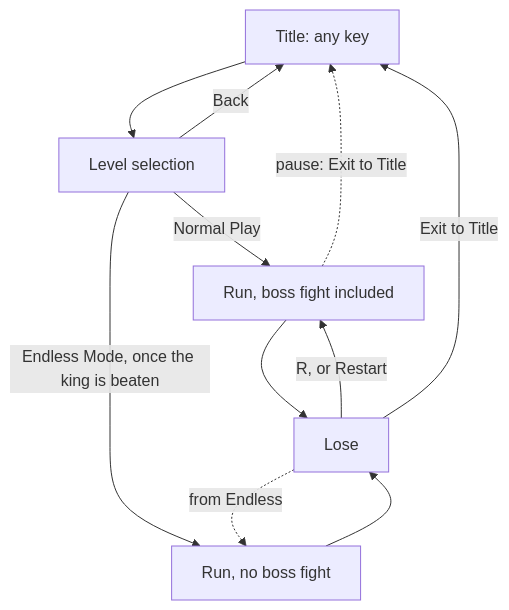
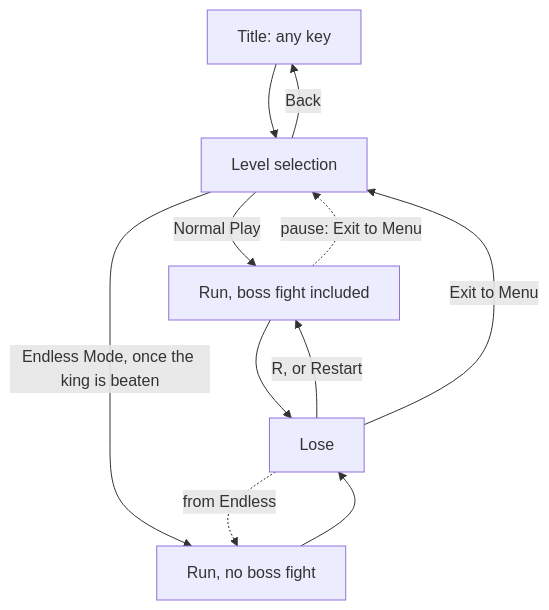
One commit to CSCI-526/Team4-Lu_Lu changed the second of 2 diagrams in docs/gameplay-loop-doc.md. Above: the diagram before and after it, drawn with Mermaid. The commit also changed other lines of this file and 7 other files, not shown here.

Commit message:
Send Exit on the pause and lose screens to the level selection, since the title is now only a start page.

````diff
--- a/docs/gameplay-loop-doc.md
+++ b/docs/gameplay-loop-doc.md
@@ -72,13 +72,13 @@
 ```mermaid
 graph TD
   Title[Title: any key] --> Select[Level selection]
   Select -->|Normal Play| Run[Run, boss fight included]
   Select -->|Endless Mode, once the king is beaten| Endless[Run, no boss fight]
   Select -->|Back| Title
   Run --> Lose[Lose]
   Endless --> Lose
   Lose -->|R, or Restart| Run
-  Lose -->|Exit to Title| Title
-  Run -.->|pause: Exit to Title| Title
+  Lose -->|Exit to Menu| Select
+  Run -.->|pause: Exit to Menu| Select
   Lose -.->|from Endless| Endless
 ```
````
